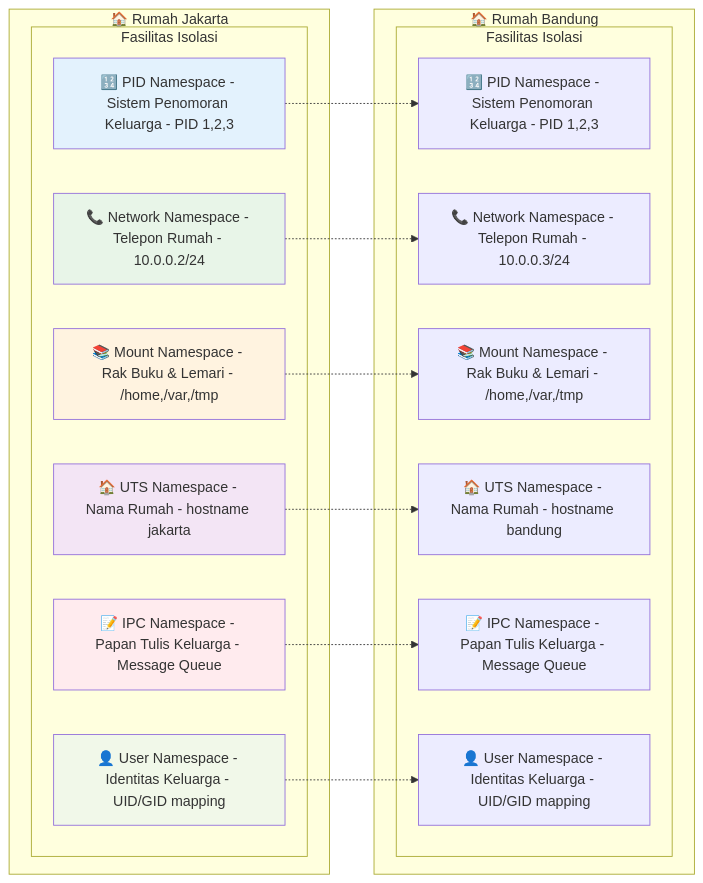
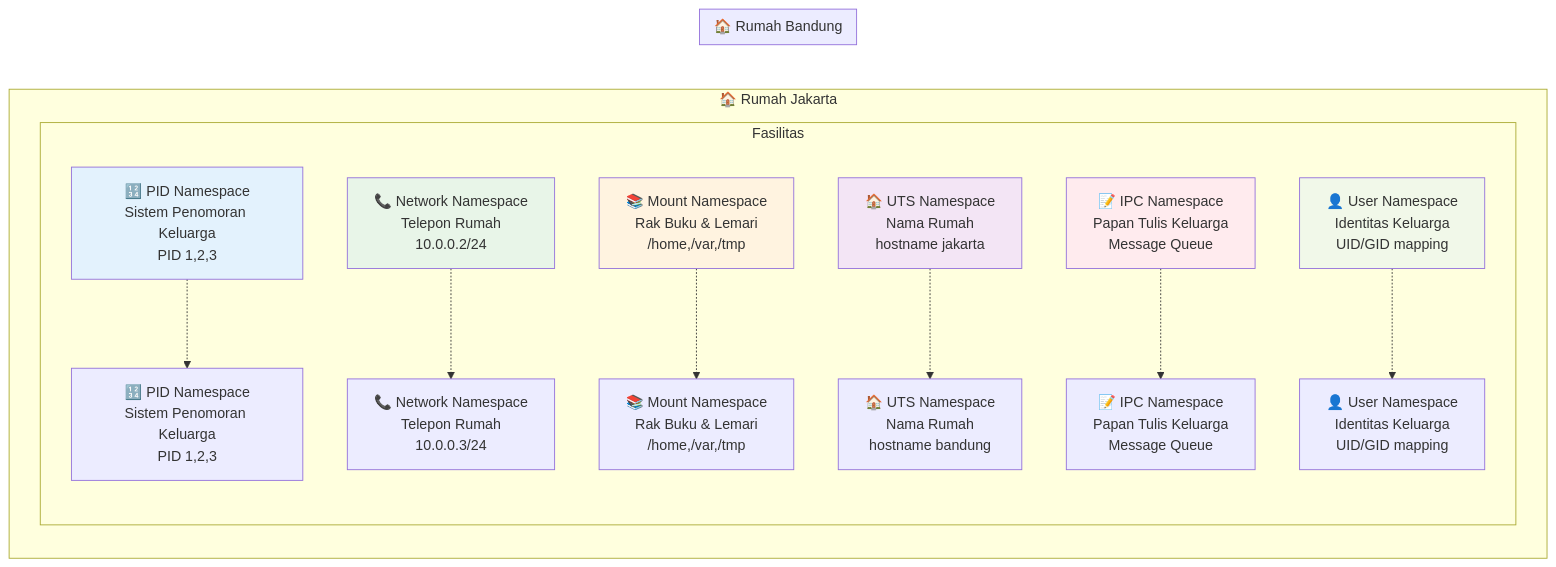
One commit to tonidy/pak-rt changed the third of 8 diagrams in docs/DIAGRAMS.md. Above: the diagram before and after it, drawn with Mermaid. The commit also changed other lines of this file, not shown here.

First line of the commit message:
docs(diagrams): improve Mermaid diagram readability with line breaks

````diff
--- a/docs/DIAGRAMS.md
+++ b/docs/DIAGRAMS.md
@@ -97,38 +97,38 @@
 ```mermaid
 graph LR
     subgraph "🏠 Rumah Jakarta"
-        subgraph "Fasilitas Isolasi"
-            PID[🔢 PID Namespace - Sistem Penomoran Keluarga - PID 1,2,3]
-            NET[📞 Network Namespace - Telepon Rumah - 10.0.0.2/24]
-            MNT[📚 Mount Namespace - Rak Buku & Lemari - /home,/var,/tmp]
-            UTS[🏠 UTS Namespace - Nama Rumah - hostname jakarta]
-            IPC[📝 IPC Namespace - Papan Tulis Keluarga - Message Queue]
-            USER[👤 User Namespace - Identitas Keluarga - UID/GID mapping]
+        subgraph "Fasilitas"
+            PID[🔢 PID Namespace<br/>Sistem Penomoran Keluarga<br/>PID 1,2,3]
+            NET[📞 Network Namespace<br/>Telepon Rumah<br/>10.0.0.2/24]
+            MNT[📚 Mount Namespace<br/>Rak Buku & Lemari<br/>/home,/var,/tmp]
+            UTS[🏠 UTS Namespace<br/>Nama Rumah<br/>hostname jakarta]
+            IPC[📝 IPC Namespace<br/>Papan Tulis Keluarga<br/>Message Queue]
+            USER[👤 User Namespace<br/>Identitas Keluarga<br/>UID/GID mapping]
         end
     end
     
     subgraph "🏠 Rumah Bandung"
-        subgraph "Fasilitas Isolasi"
-            PID2[🔢 PID Namespace - Sistem Penomoran Keluarga - PID 1,2,3]
-            NET2[📞 Network Namespace - Telepon Rumah - 10.0.0.3/24]
-            MNT2[📚 Mount Namespace - Rak Buku & Lemari - /home,/var,/tmp]
-            UTS2[🏠 UTS Namespace - Nama Rumah - hostname bandung]
-            IPC2[📝 IPC Namespace - Papan Tulis Keluarga - Message Queue]
-            USER2[👤 User Namespace - Identitas Keluarga - UID/GID mapping]
+        subgraph "Fasilitas"
+            PID2[🔢 PID Namespace<br/>Sistem Penomoran Keluarga<br/>PID 1,2,3]
+            NET2[📞 Network Namespace<br/>Telepon Rumah<br/>10.0.0.3/24]
+            MNT2[📚 Mount Namespace<br/>Rak Buku & Lemari<br/>/home,/var,/tmp]
+            UTS2[🏠 UTS Namespace<br/>Nama Rumah<br/>hostname bandung]
+            IPC2[📝 IPC Namespace<br/>Papan Tulis Keluarga<br/>Message Queue]
+            USER2[👤 User Namespace<br/>Identitas Keluarga<br/>UID/GID mapping]
         end
     end
     
     PID -.-> PID2
     NET -.-> NET2
     MNT -.-> MNT2
     UTS -.-> UTS2
     IPC -.-> IPC2
     USER -.-> USER2
     
     style PID fill:#e3f2fd
     style NET fill:#e8f5e8
     style MNT fill:#fff3e0
     style UTS fill:#f3e5f5
     style IPC fill:#ffebee
     style USER fill:#f1f8e9
 ```
````
